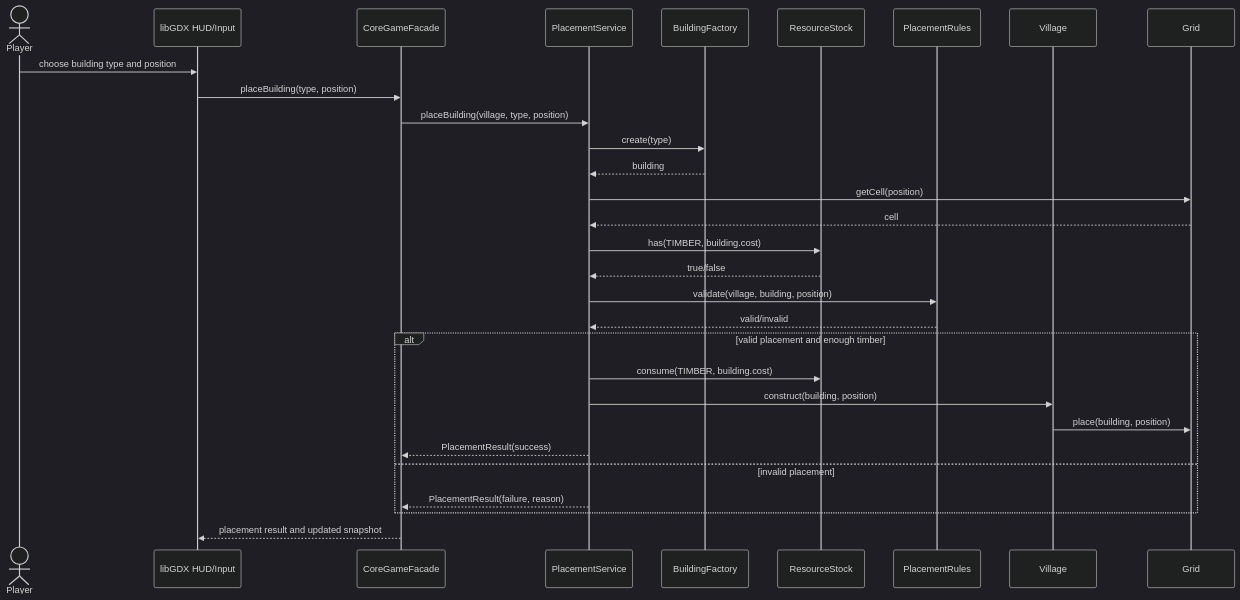
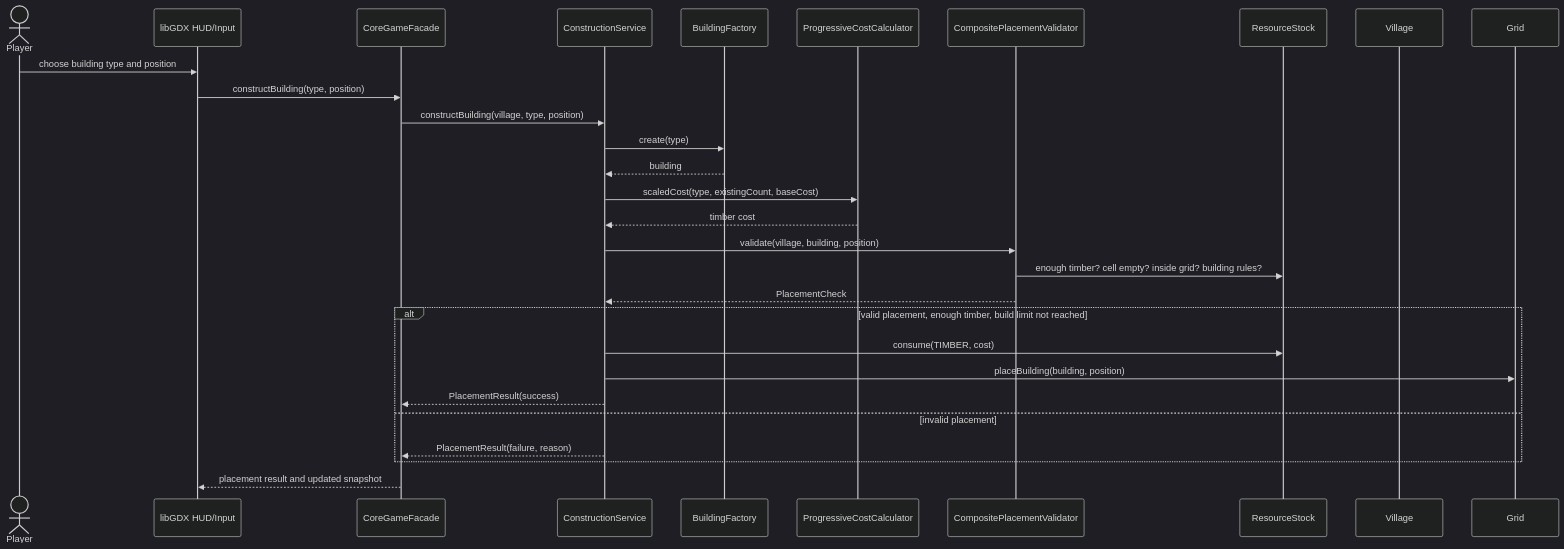
Diagram 13 of 21 in docs/DesignDocument.md (edope704/DaimyoSimulator), drawn with Mermaid (dark theme) before and after one commit. The commit also changed other lines of this file and 6 other files, not shown here.

````diff
--- a/docs/DesignDocument.md
+++ b/docs/DesignDocument.md
@@ -796,33 +755,32 @@
 ```mermaid
 sequenceDiagram
     actor Player
     participant UI as libGDX HUD/Input
     participant C as CoreGameFacade
-    participant PS as PlacementService
+    participant CS as ConstructionService
     participant BF as BuildingFactory
+    participant Cost as ProgressiveCostCalculator
+    participant Val as CompositePlacementValidator
     participant RS as ResourceStock
-    participant Rules as PlacementRules
     participant V as Village
     participant G as Grid
 
     Player->>UI: choose building type and position
-    UI->>C: placeBuilding(type, position)
-    C->>PS: placeBuilding(village, type, position)
-    PS->>BF: create(type)
-    BF-->>PS: building
-    PS->>G: getCell(position)
-    G-->>PS: cell
-    PS->>RS: has(TIMBER, building.cost)
-    RS-->>PS: true/false
-    PS->>Rules: validate(village, building, position)
-    Rules-->>PS: valid/invalid
-    alt valid placement and enough timber
-        PS->>RS: consume(TIMBER, building.cost)
-        PS->>V: construct(building, position)
-        V->>G: place(building, position)
-        PS-->>C: PlacementResult(success)
+    UI->>C: constructBuilding(type, position)
+    C->>CS: constructBuilding(village, type, position)
+    CS->>BF: create(type)
+    BF-->>CS: building
+    CS->>Cost: scaledCost(type, existingCount, baseCost)
+    Cost-->>CS: timber cost
+    CS->>Val: validate(village, building, position)
+    Val->>RS: enough timber? cell empty? inside grid? building rules?
+    Val-->>CS: PlacementCheck
+    alt valid placement, enough timber, build limit not reached
+        CS->>RS: consume(TIMBER, cost)
+        CS->>G: placeBuilding(building, position)
+        CS-->>C: PlacementResult(success)
     else invalid placement
-        PS-->>C: PlacementResult(failure, reason)
+        CS-->>C: PlacementResult(failure, reason)
     end
     C-->>UI: placement result and updated snapshot
 ```
````
